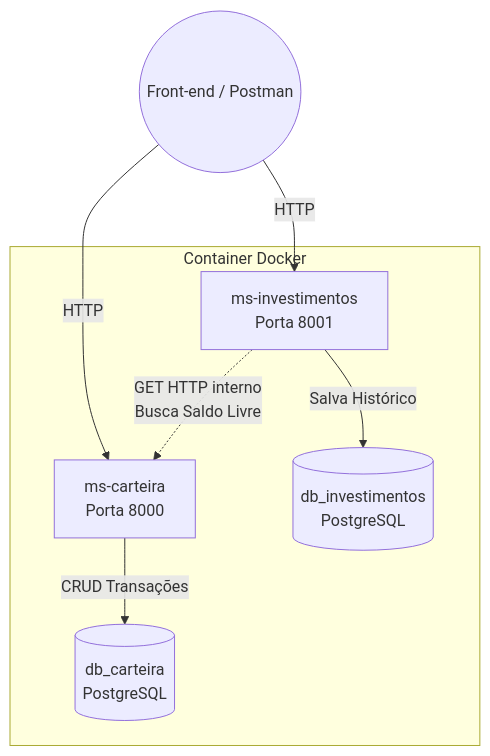
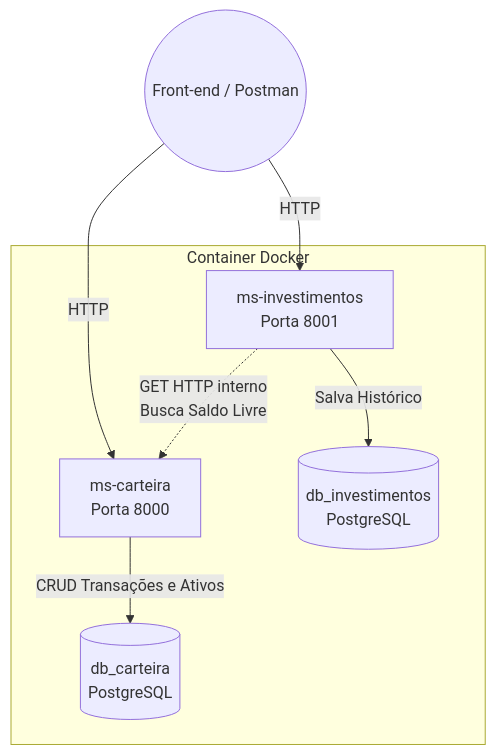
One commit to Dante-Alsino/Carteira-Mestre changed the diagram in README.md. Above: the diagram before and after it, drawn with Mermaid. The commit also changed other lines of this file and 6 other files, not shown here.

````diff
--- a/README.md
+++ b/README.md
@@ -29,20 +21,20 @@
 ```mermaid
 graph TD
     Client(("Front-end / Postman"))
     
     subgraph docker["Container Docker"]
         API_Carteira["ms-carteira<br>Porta 8000"]
         API_Investimentos["ms-investimentos<br>Porta 8001"]
         
         DB_Carteira[("db_carteira<br>PostgreSQL")]
         DB_Investimentos[("db_investimentos<br>PostgreSQL")]
         
-        API_Carteira -->|"CRUD Transações"| DB_Carteira
+        API_Carteira -->|"CRUD Transações e Ativos"| DB_Carteira
         API_Investimentos -->|"Salva Histórico"| DB_Investimentos
         
         API_Investimentos -.->|"GET HTTP interno<br>Busca Saldo Livre"| API_Carteira
     end
     
     Client -->|"HTTP"| API_Carteira
     Client -->|"HTTP"| API_Investimentos
 ```
````
